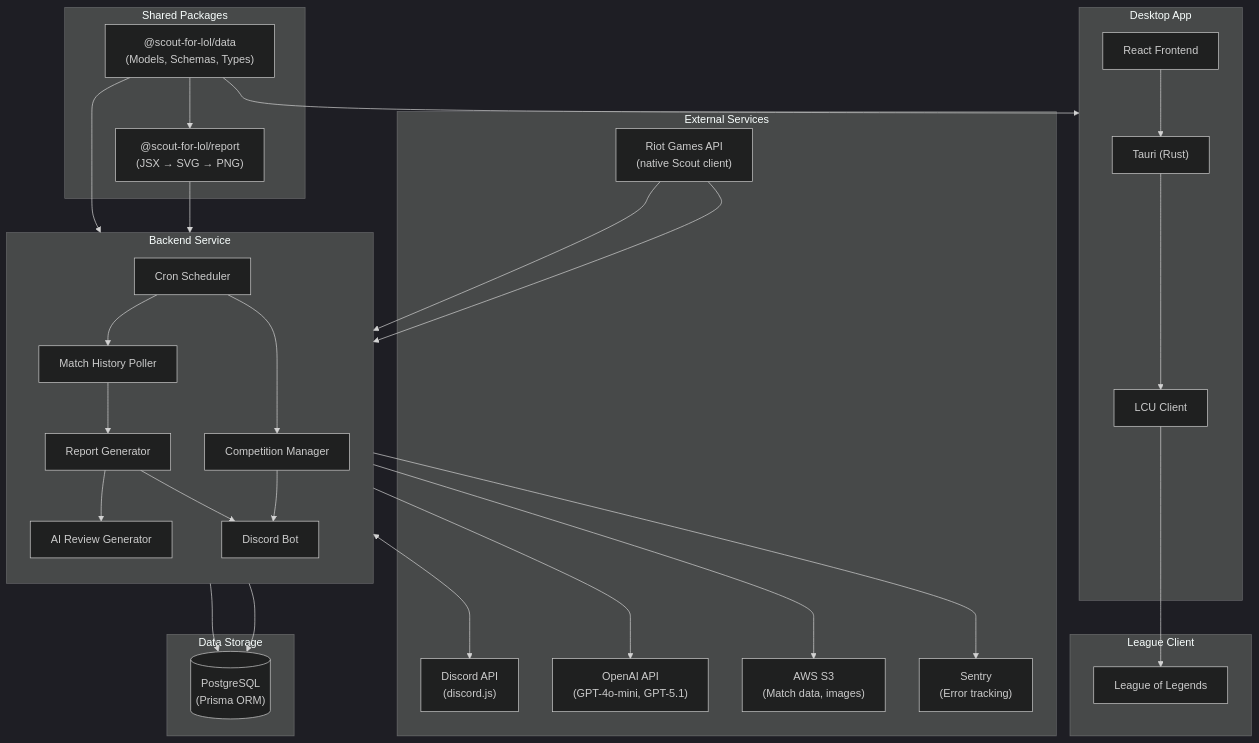
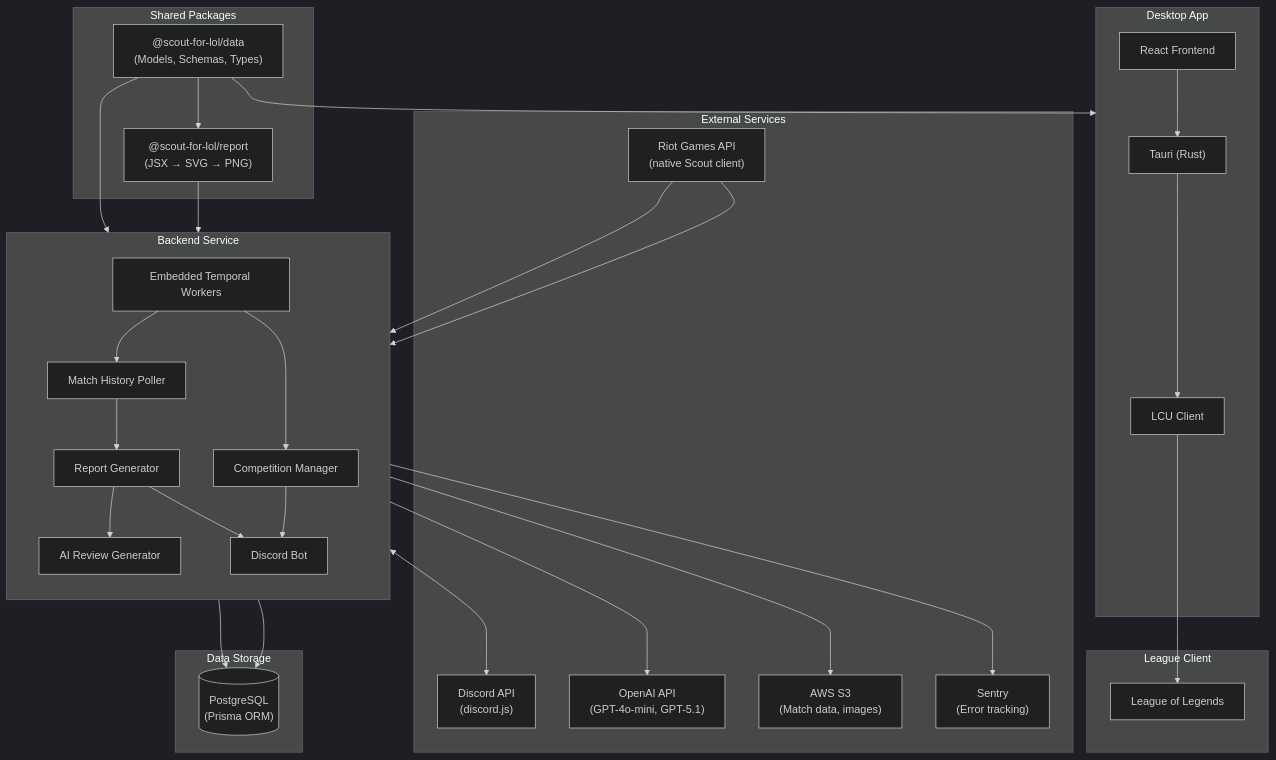
One commit to shepherdjerred/monorepo changed the first of 8 diagrams in packages/scout-for-lol/docs/architecture.md. Above: the diagram before and after it, drawn with Mermaid (dark theme). The commit also changed other lines of this file and 41 other files, not shown here.

````diff
--- a/packages/scout-for-lol/docs/architecture.md
+++ b/packages/scout-for-lol/docs/architecture.md
@@ -7,68 +7,68 @@
 ```mermaid
 flowchart TB
     subgraph External["External Services"]
         RIOT["Riot Games API<br/>(native Scout client)"]
         DISCORD_API["Discord API<br/>(discord.js)"]
         OPENAI["OpenAI API<br/>(GPT-4o-mini, GPT-5.1)"]
         S3["AWS S3<br/>(Match data, images)"]
         SENTRY["Sentry<br/>(Error tracking)"]
     end
 
     subgraph Backend["Backend Service"]
         direction TB
         BOT["Discord Bot"]
-        CRON["Cron Scheduler"]
+        TEMPORAL["Embedded Temporal Workers"]
         MATCH_POLLER["Match History Poller"]
         REPORT_GEN["Report Generator"]
         AI_REVIEW["AI Review Generator"]
         COMPETITION["Competition Manager"]
     end
 
     subgraph SharedPkg["Shared Packages"]
         DATA["@scout-for-lol/data<br/>(Models, Schemas, Types)"]
         REPORT["@scout-for-lol/report<br/>(JSX → SVG → PNG)"]
     end
 
     subgraph Desktop["Desktop App"]
         TAURI["Tauri (Rust)"]
         REACT["React Frontend"]
         LCU["LCU Client"]
     end
 
     subgraph Storage["Data Storage"]
         DB[("PostgreSQL<br/>(Prisma ORM)")]
     end
 
     subgraph LOL["League Client"]
         LEAGUE_CLIENT["League of Legends"]
     end
 
     %% External connections
     RIOT --> MATCH_POLLER
     RIOT --> COMPETITION
     BOT <--> DISCORD_API
     AI_REVIEW --> OPENAI
     REPORT_GEN --> S3
     Backend --> SENTRY
 
     %% Internal backend connections
-    CRON --> MATCH_POLLER
-    CRON --> COMPETITION
+    TEMPORAL --> MATCH_POLLER
+    TEMPORAL --> COMPETITION
     MATCH_POLLER --> REPORT_GEN
     REPORT_GEN --> AI_REVIEW
     REPORT_GEN --> BOT
     BOT --> DB
     COMPETITION --> DB
     COMPETITION --> BOT
 
     %% Package dependencies
     DATA --> Backend
     REPORT --> REPORT_GEN
     DATA --> REPORT
     DATA --> Desktop
 
     %% Desktop connections
     LCU --> LEAGUE_CLIENT
     TAURI --> LCU
     REACT --> TAURI
 ```
````
